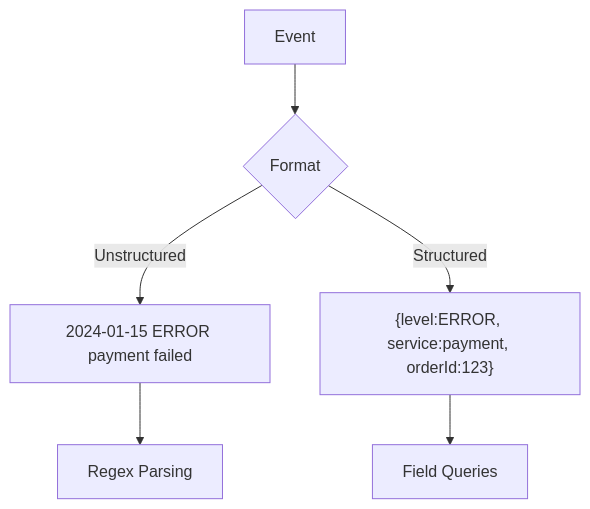
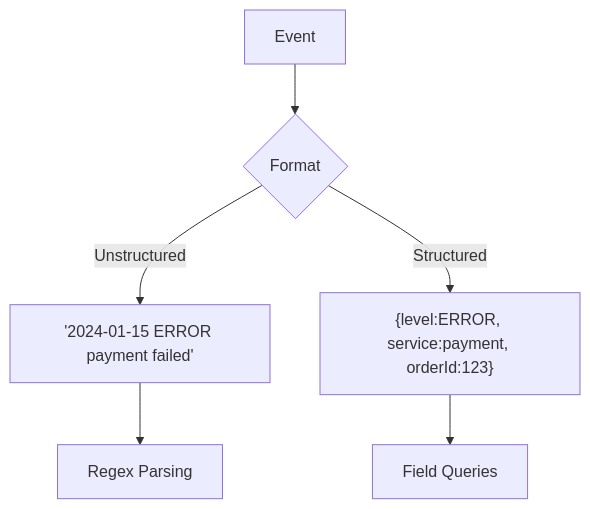
The fourth of 20 diagrams in 09-observability/README.md (hareramcse/SystemDesign), drawn with Mermaid before and after one commit. The commit also changed other lines of this file and 14 other files, not shown here.

````diff
--- a/09-observability/README.md
+++ b/09-observability/README.md
@@ -182,8 +182,8 @@
 ```mermaid
 flowchart TB
     E[Event] --> F{Format}
-    F -->|Unstructured| T["2024-01-15 ERROR payment failed"]
+    F -->|Unstructured| T['2024-01-15 ERROR payment failed']
     F -->|Structured| J["{level:ERROR, service:payment, orderId:123}"]
     J --> Q[Field Queries]
     T --> R[Regex Parsing]
 ```
````
